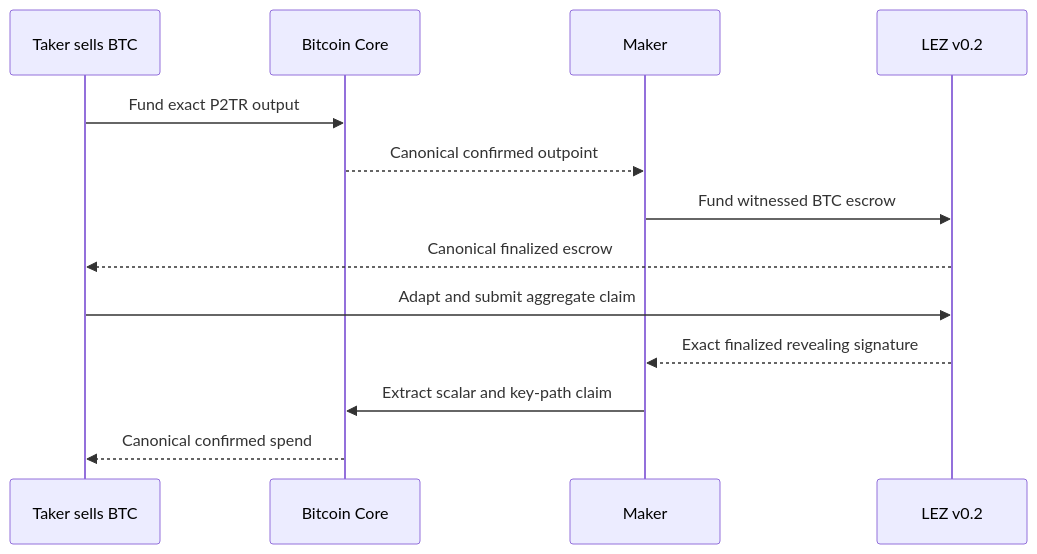
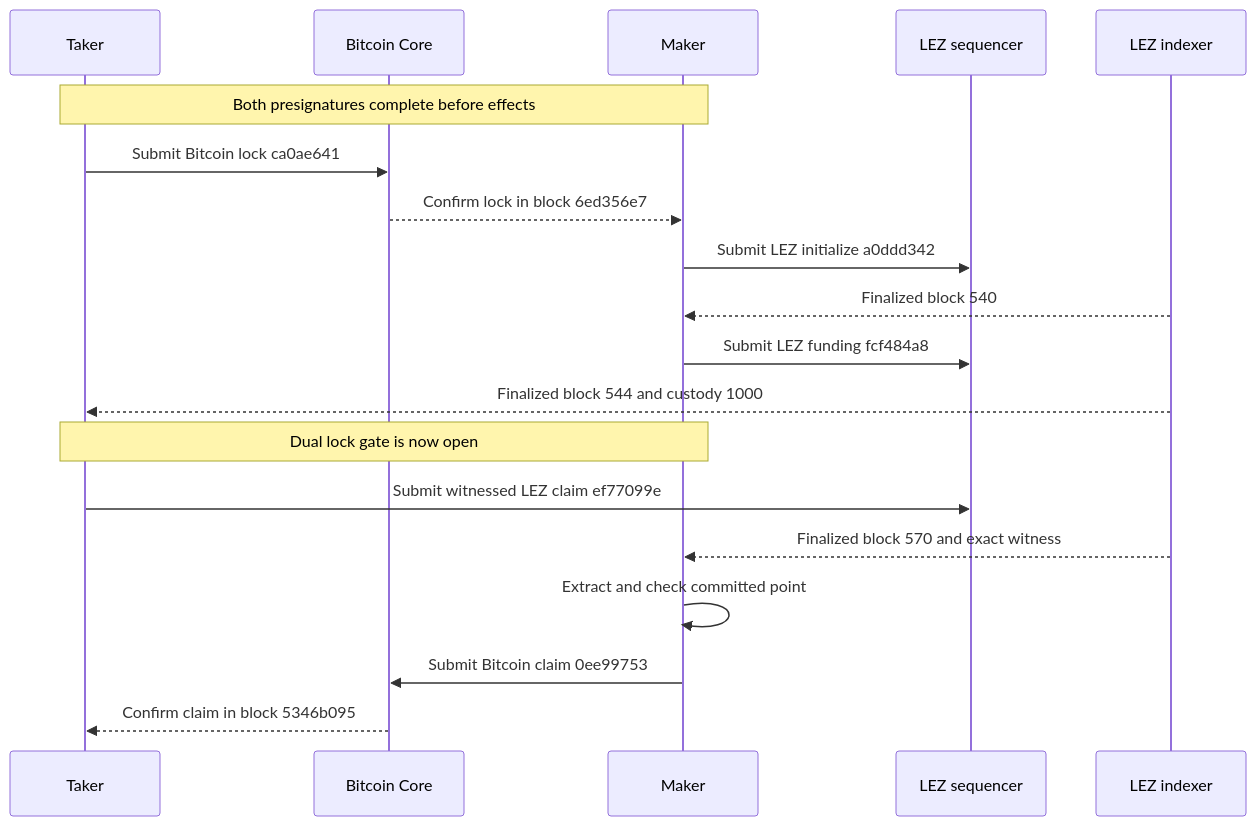
One commit to gateway-fm/lez-atomic-swaps changed the third of 4 diagrams in docs/architecture/0029-m3-bitcoin-local-poc-entry.md. Above: the diagram before and after it, drawn with Mermaid. The commit also changed other lines of this file and 9 other files, not shown here.

````diff
--- a/docs/architecture/0029-m3-bitcoin-local-poc-entry.md
+++ b/docs/architecture/0029-m3-bitcoin-local-poc-entry.md
@@ -291,15 +185,21 @@
 ```mermaid
 sequenceDiagram
-    participant T as Taker sells BTC
+    participant T as Taker
     participant B as Bitcoin Core
     participant M as Maker
-    participant L as LEZ v0.2
-    T->>B: Fund exact P2TR output
-    B-->>M: Canonical confirmed outpoint
-    M->>L: Fund witnessed BTC escrow
-    L-->>T: Canonical finalized escrow
-    T->>L: Adapt and submit aggregate claim
-    L-->>M: Exact finalized revealing signature
-    M->>B: Extract scalar and key-path claim
-    B-->>T: Canonical confirmed spend
+    participant L as LEZ sequencer
+    participant I as LEZ indexer
+    Note over T,M: Both presignatures complete before effects
+    T->>B: Submit Bitcoin lock ca0ae641
+    B-->>M: Confirm lock in block 6ed356e7
+    M->>L: Submit LEZ initialize a0ddd342
+    I-->>M: Finalized block 540
+    M->>L: Submit LEZ funding fcf484a8
+    I-->>T: Finalized block 544 and custody 1000
+    Note over T,M: Dual lock gate is now open
+    T->>L: Submit witnessed LEZ claim ef77099e
+    I-->>M: Finalized block 570 and exact witness
+    M->>M: Extract and check committed point
+    M->>B: Submit Bitcoin claim 0ee99753
+    B-->>T: Confirm claim in block 5346b095
 ```
````
